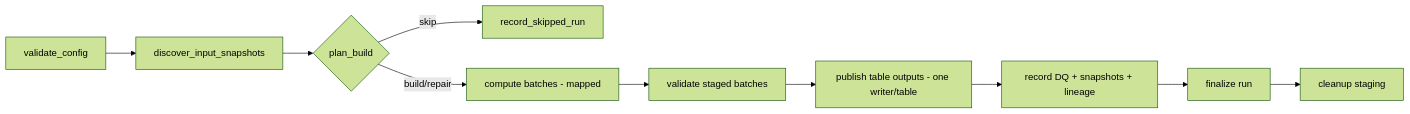
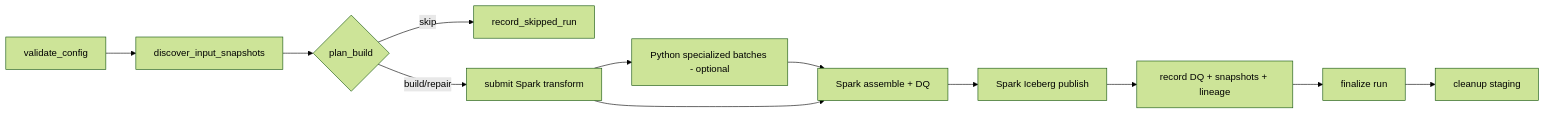
One commit to cloud-vmih/flood-lake-kg changed the second of 2 diagrams in docs/superpowers/specs/2026-09-30-bronze-to-silver-pipelines-design.vi.md. Above: the diagram before and after it, drawn with Mermaid (forest theme). The commit also changed other lines of this file and 463 other files, not shown here.

````diff
--- a/docs/superpowers/specs/2026-09-30-bronze-to-silver-pipelines-design.vi.md
+++ b/docs/superpowers/specs/2026-09-30-bronze-to-silver-pipelines-design.vi.md
@@ -573,12 +583,14 @@
 ```mermaid
 flowchart LR
   A["validate_config"] --> B["discover_input_snapshots"]
   B --> C{"plan_build"}
   C -->|skip| Z["record_skipped_run"]
-  C -->|build/repair| D["compute batches - mapped"]
-  D --> E["validate staged batches"]
-  E --> F["publish table outputs - one writer/table"]
+  C -->|build/repair| D["submit Spark transform"]
+  D --> P["Python specialized batches - optional"]
+  P --> E["Spark assemble + DQ"]
+  D --> E
+  E --> F["Spark Iceberg publish"]
   F --> G["record DQ + snapshots + lineage"]
   G --> H["finalize run"]
   H --> I["cleanup staging"]
 ```
````
